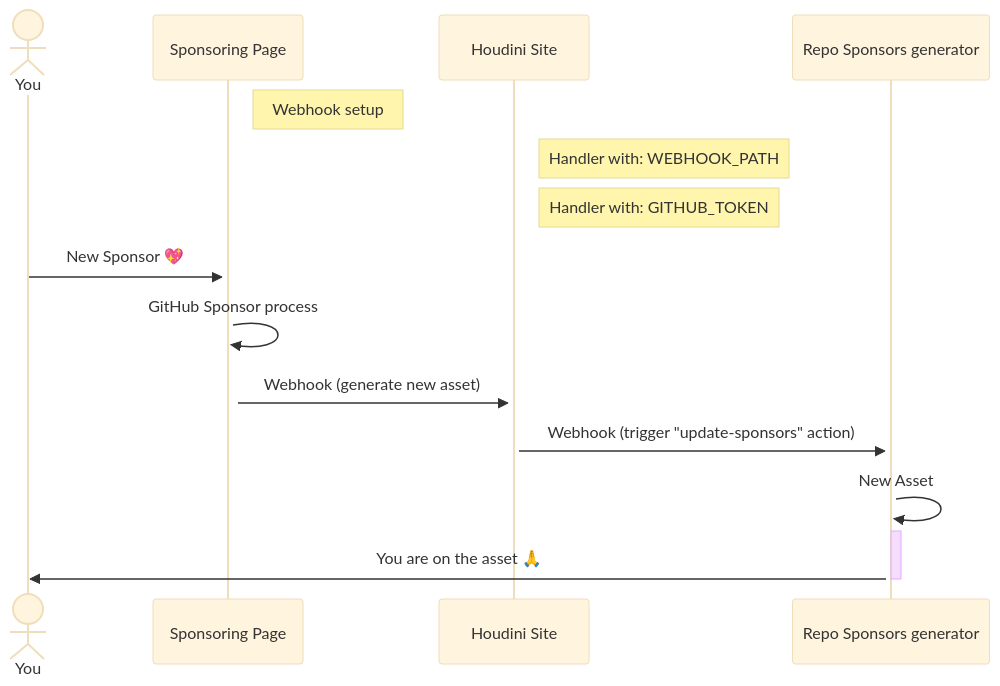
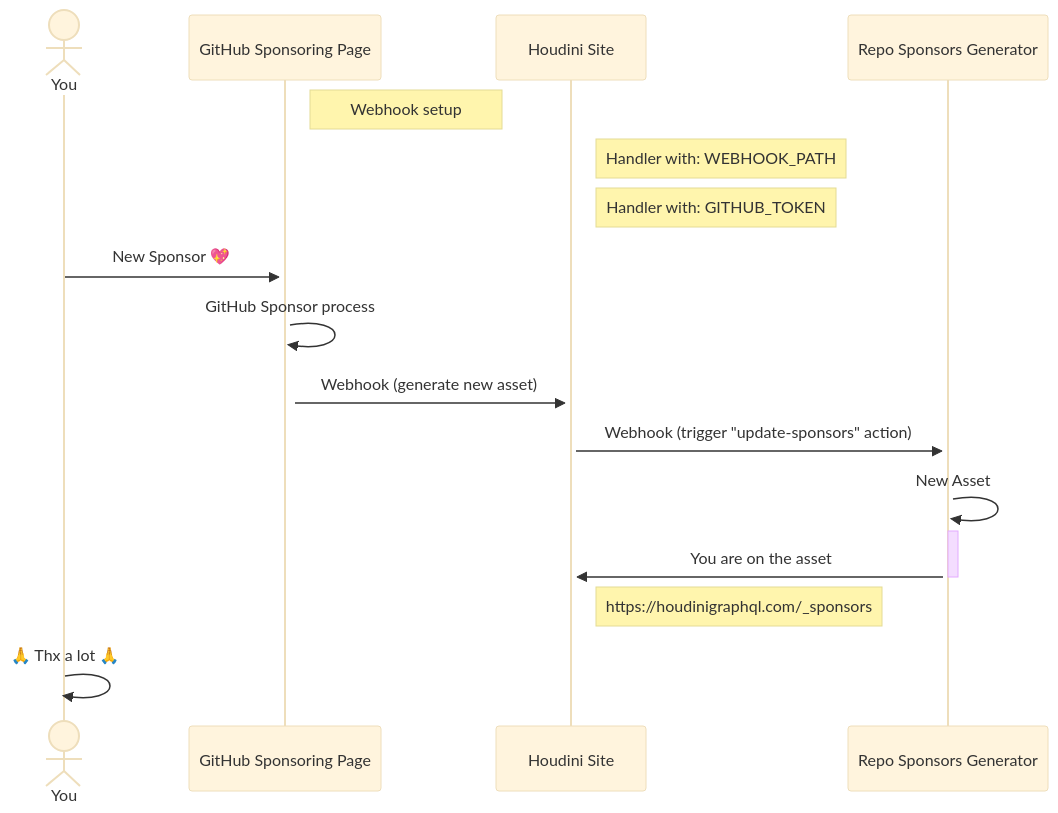
Before and after one commit to HoudiniGraphql/sponsors: the diagram in HOW-TO.md, drawn with Mermaid (base theme). The commit also changed other lines of this file and 1 other file, not shown here.

Commit message:
add a few more details

````diff
--- a/HOW-TO.md
+++ b/HOW-TO.md
@@ -7,19 +7,21 @@
 ```mermaid
 sequenceDiagram
     actor YOU as You
-    participant SP as Sponsoring Page
+    participant SP as GitHub Sponsoring Page
     Note right of SP: Webhook setup
     participant HS as Houdini Site
     Note right of HS: Handler with: WEBHOOK_PATH
     Note right of HS: Handler with: GITHUB_TOKEN
-    participant SG as Repo Sponsors generator
+    participant SG as Repo Sponsors Generator
 
 
     YOU->>+SP: New Sponsor 💖
     SP->>+SP: GitHub Sponsor process
     SP->>+HS: Webhook (generate new asset)
     HS->>+SG: Webhook (trigger "update-sponsors" action)
     SG->>+SG: New Asset
-    SG->>-YOU: You are on the asset 🙏
+    SG->>-HS: You are on the asset
+    Note right of HS: https://houdinigraphql.com/_sponsors
+    YOU->>YOU: 🙏 Thx a lot 🙏
 
 ```
````
